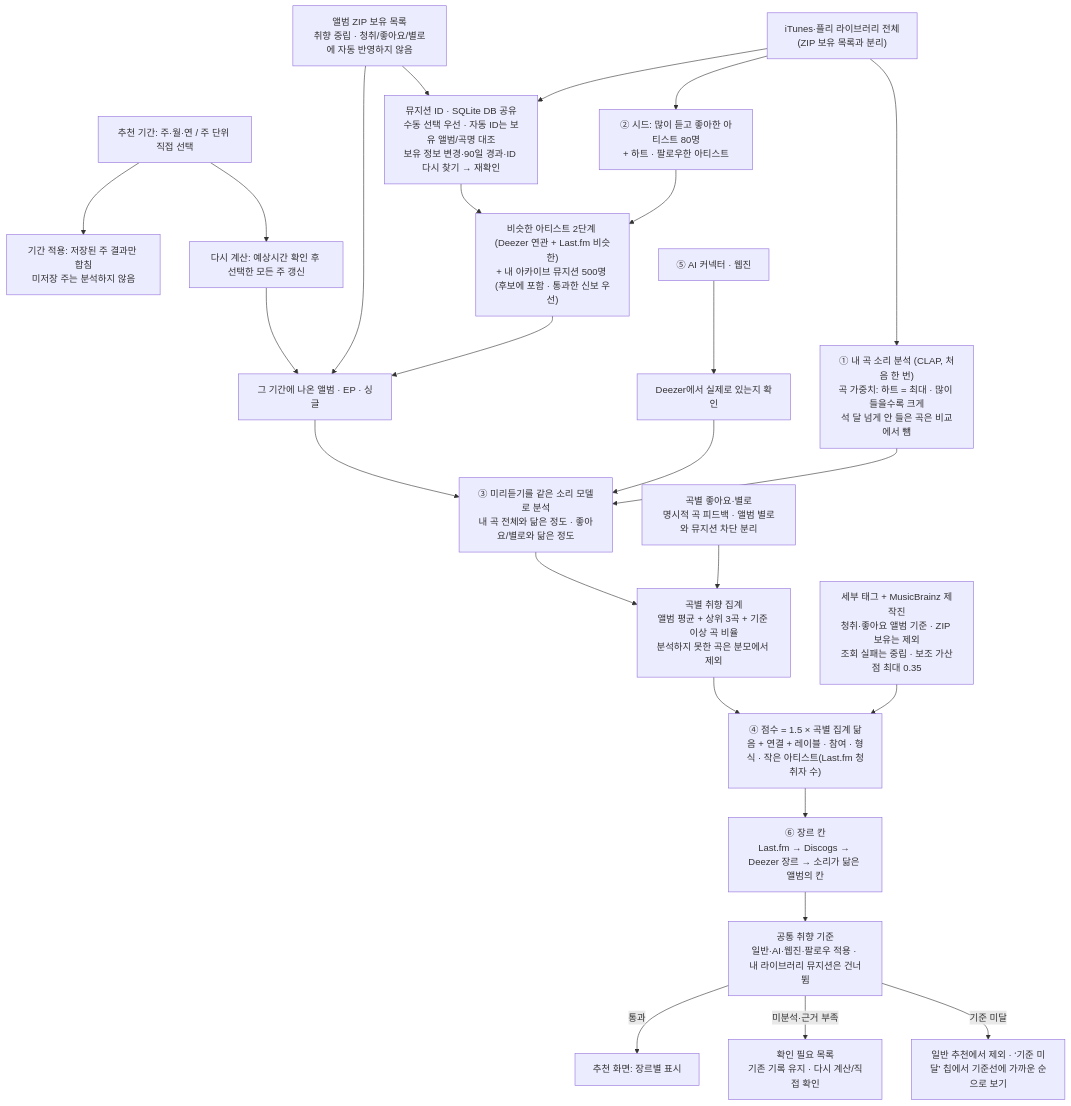
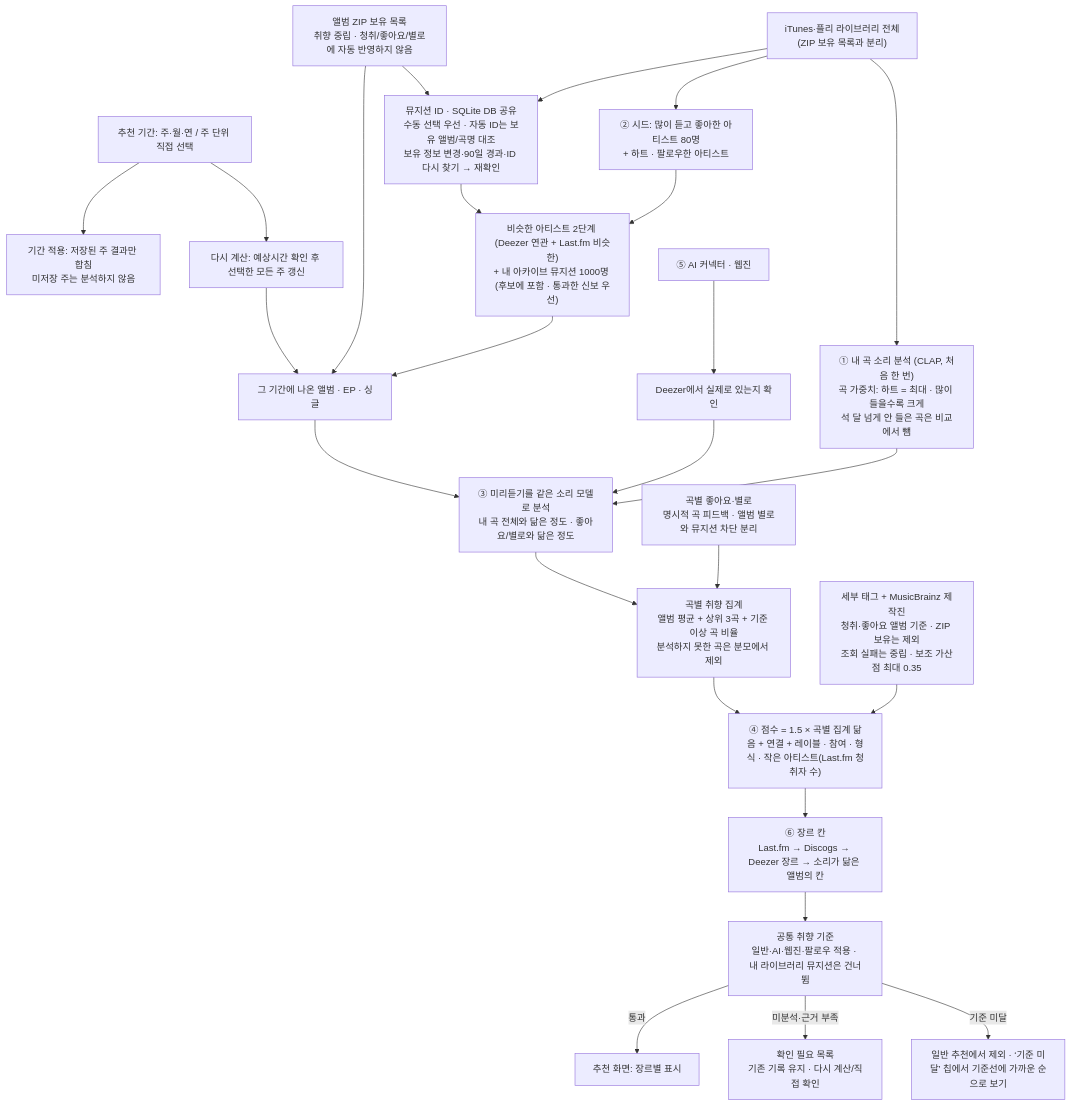
The diagram in docs/recommendation.md (plastiqvox/RecipeSong), drawn with Mermaid before and after one commit. The commit also changed other lines of this file and 9 other files, not shown here.

First line of the commit message:
fix: 아카이브 뮤지션 신보 누락 수정과 1000명 확대

````diff
--- a/docs/recommendation.md
+++ b/docs/recommendation.md
@@ -11,29 +11,29 @@
 ```mermaid
 flowchart TD
     period["추천 기간: 주·월·연 / 주 단위 직접 선택"] --> apply["기간 적용: 저장된 주 결과만 합침<br/>미저장 주는 분석하지 않음"]
     period --> recalc["다시 계산: 예상시간 확인 후 선택한 모든 주 갱신"]
     recalc --> rel
     lib["iTunes·플리 라이브러리 전체<br/>(ZIP 보유 목록과 분리)"]
     zip["앨범 ZIP 보유 목록<br/>취향 중립 · 청취/좋아요/별로에 자동 반영하지 않음"]
     zip --> ids
     zip --> rel
     lib --> emb["① 내 곡 소리 분석 (CLAP, 처음 한 번)<br/>곡 가중치: 하트 = 최대 · 많이 들을수록 크게<br/>석 달 넘게 안 들은 곡은 비교에서 뺌"]
     lib --> seed["② 시드: 많이 듣고 좋아한 아티스트 80명<br/>+ 하트 · 팔로우한 아티스트"]
     lib --> ids["뮤지션 ID · SQLite DB 공유<br/>수동 선택 우선 · 자동 ID는 보유 앨범/곡명 대조<br/>보유 정보 변경·90일 경과·ID 다시 찾기 → 재확인"]
     ids --> pool
-    seed --> pool["비슷한 아티스트 2단계 (Deezer 연관 + Last.fm 비슷한)<br/>+ 내 아카이브 뮤지션 500명 (후보에 포함 · 통과한 신보 우선)"]
+    seed --> pool["비슷한 아티스트 2단계 (Deezer 연관 + Last.fm 비슷한)<br/>+ 내 아카이브 뮤지션 1000명 (후보에 포함 · 통과한 신보 우선)"]
     pool --> rel["그 기간에 나온 앨범 · EP · 싱글"]
     ext["⑤ AI 커넥터 · 웹진"] --> dz["Deezer에서 실제로 있는지 확인"]
     rel --> listen["③ 미리듣기를 같은 소리 모델로 분석<br/>내 곡 전체와 닮은 정도 · 좋아요/별로와 닮은 정도"]
     dz --> listen
     emb --> listen
     listen --> tracks["곡별 취향 집계<br/>앨범 평균 + 상위 3곡 + 기준 이상 곡 비율<br/>분석하지 못한 곡은 분모에서 제외"]
     tracks --> score["④ 점수 = 1.5 × 곡별 집계 닮음 + 연결 + 레이블 · 참여 · 형식 · 작은 아티스트(Last.fm 청취자 수)"]
     metadata["세부 태그 + MusicBrainz 제작진<br/>청취·좋아요 앨범 기준 · ZIP 보유는 제외<br/>조회 실패는 중립 · 보조 가산점 최대 0.35"] --> score
     score --> group["⑥ 장르 칸<br/>Last.fm → Discogs → Deezer 장르 → 소리가 닮은 앨범의 칸"]
     feedback["곡별 좋아요·별로<br/>명시적 곡 피드백 · 앨범 별로와 뮤지션 차단 분리"] --> tracks
     group --> gate["공통 취향 기준<br/>일반·AI·웹진·팔로우 적용 · 내 라이브러리 뮤지션은 건너뜀"]
     gate -->|통과|show["추천 화면: 장르별 표시"]
     gate -->|미분석·근거 부족|review["확인 필요 목록<br/>기존 기록 유지 · 다시 계산/직접 확인"]
     gate -->|기준 미달|hidden["일반 추천에서 제외 · ‘기준 미달’ 칩에서 기준선에 가까운 순으로 보기"]
 ```
````
